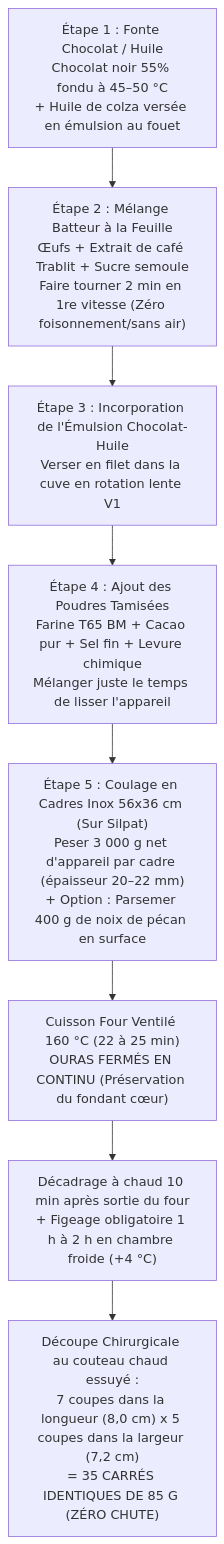
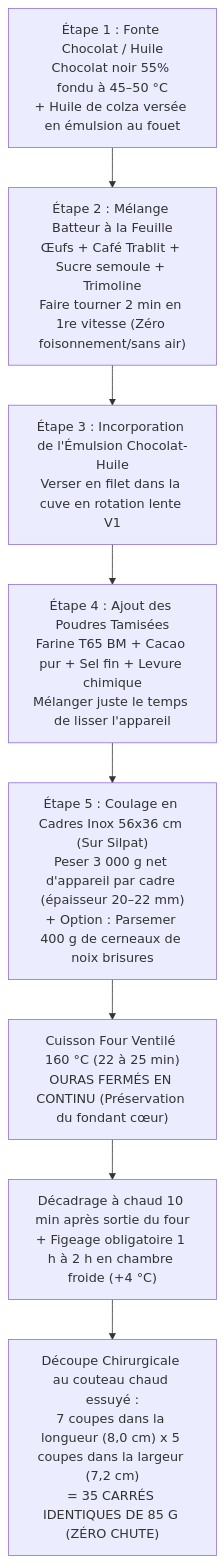
Before and after one commit to jri561/laboratoire-tourage-boulangerie: the diagram in recettes/catalogue/brownie-fondant-chocolat.md, drawn with Mermaid. The commit also changed other lines of this file and 17 other files, not shown here.

````diff
--- a/recettes/catalogue/brownie-fondant-chocolat.md
+++ b/recettes/catalogue/brownie-fondant-chocolat.md
@@ -56,11 +57,11 @@
 ```mermaid
 flowchart TD
     A["Étape 1 : Fonte Chocolat / Huile\nChocolat noir 55% fondu à 45–50 °C\n+ Huile de colza versée en émulsion au fouet"]
-    --> B["Étape 2 : Mélange Batteur à la Feuille\nŒufs + Extrait de café Trablit + Sucre semoule\nFaire tourner 2 min en 1re vitesse (Zéro foisonnement/sans air)"]
+    --> B["Étape 2 : Mélange Batteur à la Feuille\nŒufs + Café Trablit + Sucre semoule + Trimoline\nFaire tourner 2 min en 1re vitesse (Zéro foisonnement/sans air)"]
     --> C["Étape 3 : Incorporation de l'Émulsion Chocolat-Huile\nVerser en filet dans la cuve en rotation lente V1"]
     --> D["Étape 4 : Ajout des Poudres Tamisées\nFarine T65 BM + Cacao pur + Sel fin + Levure chimique\nMélanger juste le temps de lisser l'appareil"]
-    --> E["Étape 5 : Coulage en Cadres Inox 56x36 cm (Sur Silpat)\nPeser 3 000 g net d'appareil par cadre (épaisseur 20–22 mm)\n+ Option : Parsemer 400 g de noix de pécan en surface"]
+    --> E["Étape 5 : Coulage en Cadres Inox 56x36 cm (Sur Silpat)\nPeser 3 000 g net d'appareil par cadre (épaisseur 20–22 mm)\n+ Option : Parsemer 400 g de cerneaux de noix brisures"]
     --> F["Cuisson Four Ventilé 160 °C (22 à 25 min)\nOURAS FERMÉS EN CONTINU (Préservation du fondant cœur)"]
     --> G["Décadrage à chaud 10 min après sortie du four\n+ Figeage obligatoire 1 h à 2 h en chambre froide (+4 °C)"]
     --> H["Découpe Chirurgicale au couteau chaud essuyé :\n7 coupes dans la longueur (8,0 cm) x 5 coupes dans la largeur (7,2 cm)\n= 35 CARRÉS IDENTIQUES DE 85 G (ZÉRO CHUTE)"]
 ```
````
